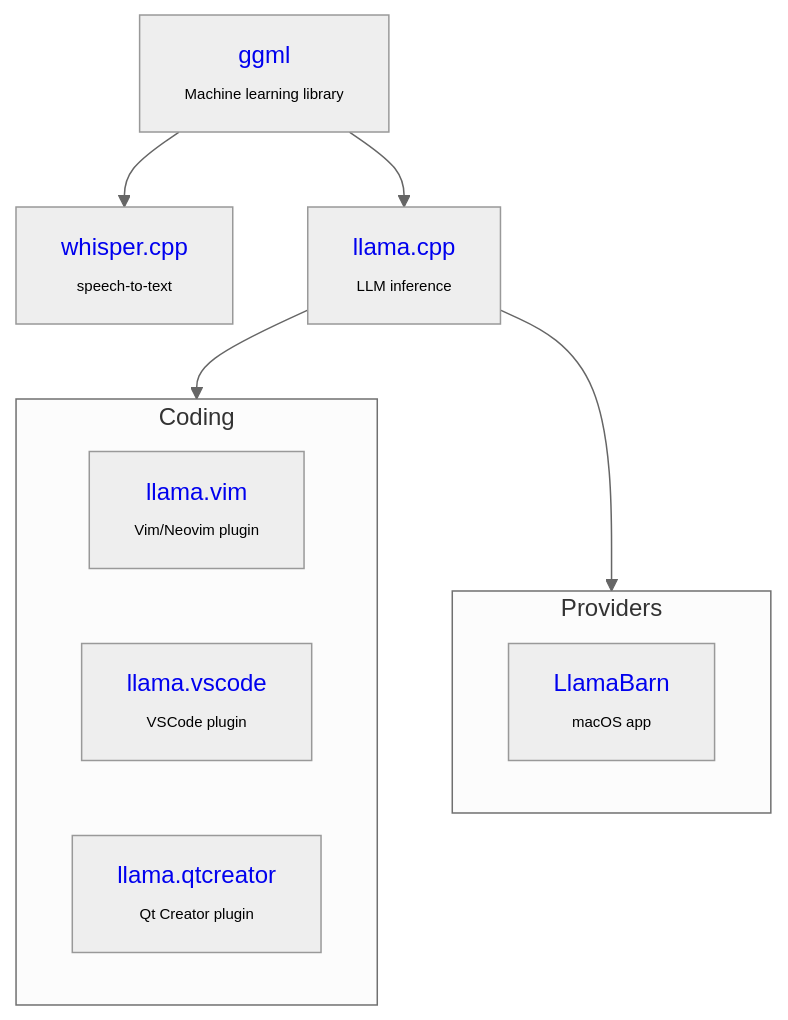
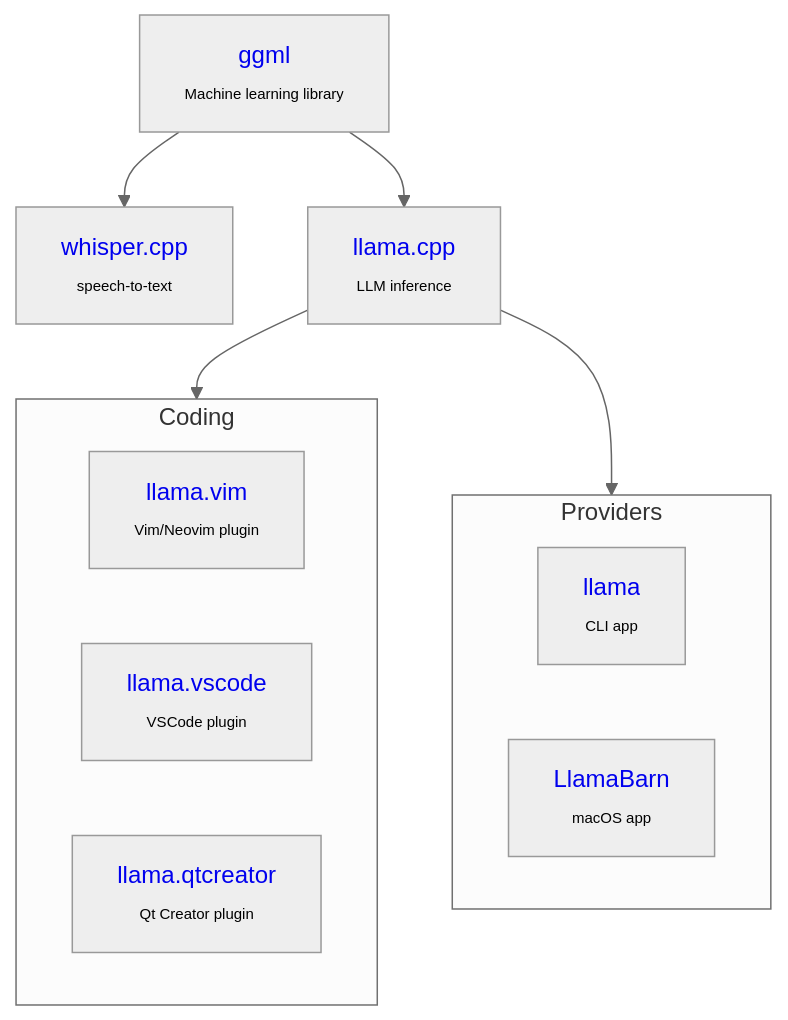
Before and after one commit to ggml-org/.github: the diagram in profile/README.md, drawn with Mermaid (neutral theme).

Commit message:
readme : add CLI app

````diff
--- a/profile/README.md
+++ b/profile/README.md
@@ -8,25 +8,27 @@
 ```mermaid
 graph TD;
 ggml --> whisper.cpp
 ggml --> llama.cpp
 llama.cpp --> coding
 llama.cpp --> providers
 
 subgraph coding[Coding]
     llama.vim
     llama.vscode
     llama.qtcreator
 end
 
 subgraph providers[Providers]
+    llama
     LlamaBarn
 end
 
 ggml[<a href="https://github.com/ggml-org/ggml"                       style="text-decoration:none;">ggml</a>            <br><span style="font-size:10px;">Machine learning library</span>];
 whisper.cpp[<a href="https://github.com/ggml-org/whisper.cpp"         style="text-decoration:none;">whisper.cpp</a>     <br><span style="font-size:10px;">speech-to-text</span>];
 llama.cpp[<a href="https://github.com/ggml-org/llama.cpp"             style="text-decoration:none;">llama.cpp</a>       <br><span style="font-size:10px;">LLM inference</span>];
 llama.vim[<a href="https://github.com/ggml-org/llama.vim"             style="text-decoration:none;">llama.vim</a>       <br><span style="font-size:10px;">Vim/Neovim plugin</span>];
 llama.vscode[<a href="https://github.com/ggml-org/llama.vscode"       style="text-decoration:none;">llama.vscode</a>    <br><span style="font-size:10px;">VSCode plugin</span>];
 llama.qtcreator[<a href="https://github.com/ggml-org/llama.qtcreator" style="text-decoration:none;">llama.qtcreator</a> <br><span style="font-size:10px;">Qt Creator plugin</span>];
+llama[<a href="https://llama.app"                                     style="text-decoration:none;">llama</a>           <br><span style="font-size:10px;">CLI app</span>];
 LlamaBarn[<a href="https://github.com/ggml-org/LlamaBarn"             style="text-decoration:none;">LlamaBarn</a>       <br><span style="font-size:10px;">macOS app</span>];
 ```
````
